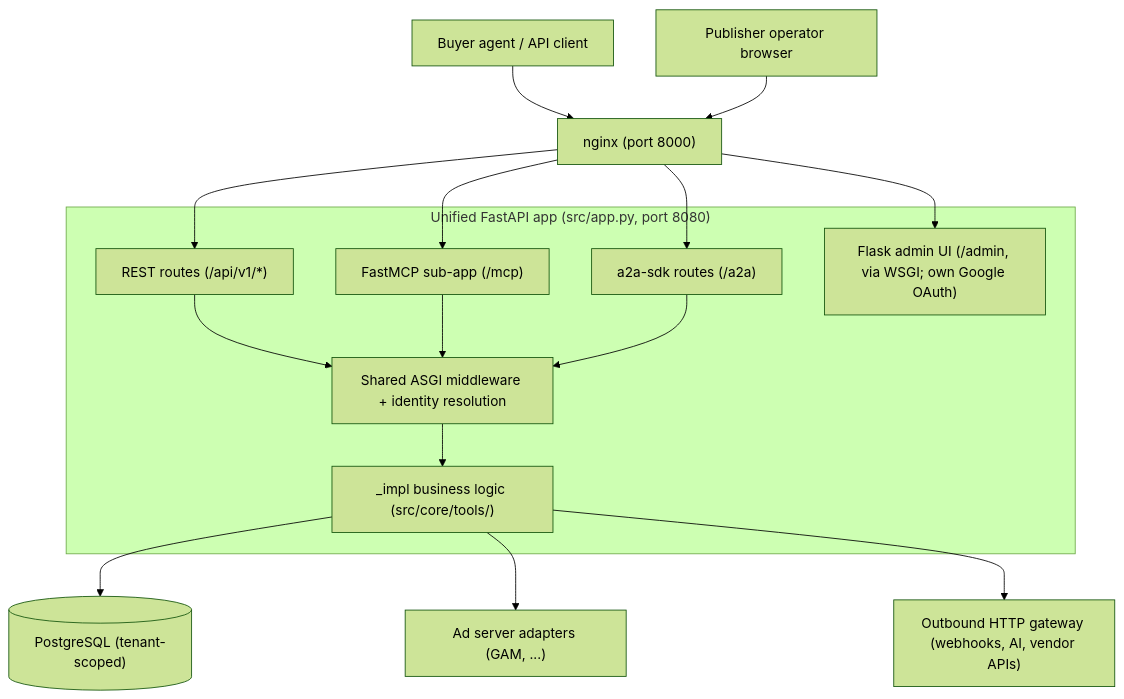
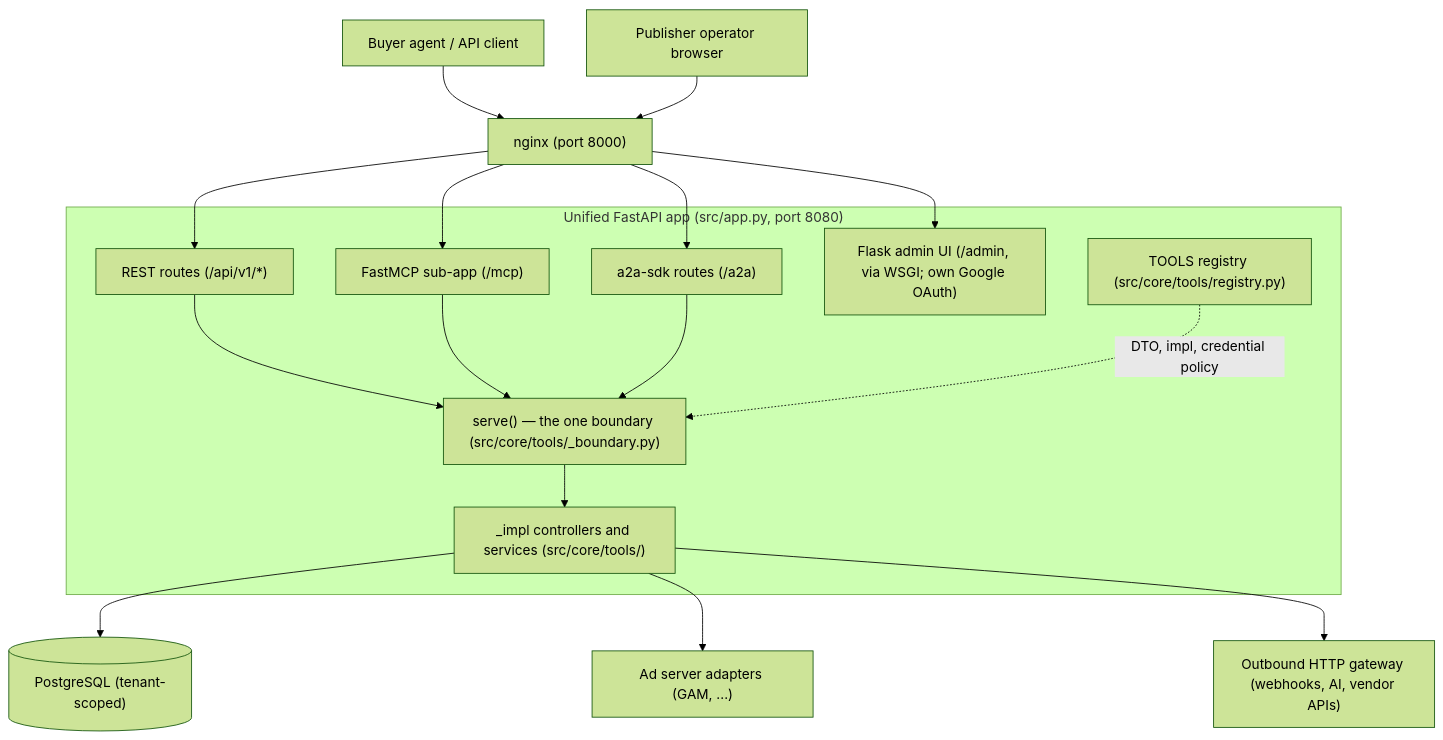
Before and after one commit to KonstantinMirin/prebid-salesagent: the first of 3 diagrams in docs/development/architecture.md, drawn with Mermaid (forest theme). The commit also changed other lines of this file and 43 other files, not shown here.

First line of the commit message:
docs: rewrite the design documentation for the boundary architecture

````diff
--- a/docs/development/architecture.md
+++ b/docs/development/architecture.md
@@ -21,27 +24,29 @@
 ```mermaid
 flowchart TD
     Buyer["Buyer agent / API client"] --> Nginx["nginx (port 8000)"]
     Operator["Publisher operator browser"] --> Nginx
 
     Nginx --> REST
     Nginx --> MCP
     Nginx --> A2A
     Nginx --> Admin
 
     subgraph App["Unified FastAPI app (src/app.py, port 8080)"]
         REST["REST routes (/api/v1/*)"]
         MCP["FastMCP sub-app (/mcp)"]
         A2A["a2a-sdk routes (/a2a)"]
         Admin["Flask admin UI (/admin, via WSGI; own Google OAuth)"]
-        Identity["Shared ASGI middleware + identity resolution"]
-        Impl["_impl business logic (src/core/tools/)"]
-        REST --> Identity
-        MCP --> Identity
-        A2A --> Identity
-        Identity --> Impl
+        Boundary["serve() — the one boundary (src/core/tools/_boundary.py)"]
+        Registry["TOOLS registry (src/core/tools/registry.py)"]
+        Impl["_impl controllers and services (src/core/tools/)"]
+        REST --> Boundary
+        MCP --> Boundary
+        A2A --> Boundary
+        Registry -.->|"DTO, impl, credential policy"| Boundary
+        Boundary --> Impl
     end
 
     Impl --> DB[("PostgreSQL (tenant-scoped)")]
     Impl --> Adapters["Ad server adapters (GAM, ...)"]
     Impl --> Egress["Outbound HTTP gateway (webhooks, AI, vendor APIs)"]
 ```
````
